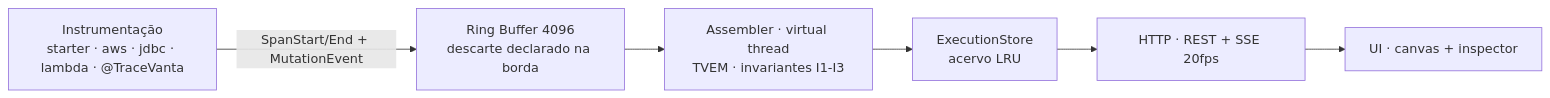
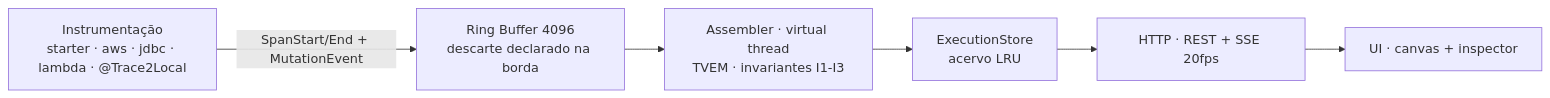
One commit to thiago701/trace2local changed the diagram in README.md. Above: the diagram before and after it, drawn with Mermaid. The commit also changed other lines of this file and 426 other files, not shown here.

First line of the commit message:
Renomeia o projeto TraceVanta -> Trace2Local (refatoramento em cascata)

````diff
--- a/README.md
+++ b/README.md
@@ -216,7 +216,7 @@
 ```mermaid
 flowchart LR
-    I[Instrumentação<br/>starter · aws · jdbc · lambda · @TraceVanta] -->|SpanStart/End + MutationEvent| B[Ring Buffer 4096<br/>descarte declarado na borda]
+    I[Instrumentação<br/>starter · aws · jdbc · lambda · @Trace2Local] -->|SpanStart/End + MutationEvent| B[Ring Buffer 4096<br/>descarte declarado na borda]
     B --> A[Assembler · virtual thread<br/>TVEM · invariantes I1-I3]
     A --> S[ExecutionStore<br/>acervo LRU]
     S --> H[HTTP · REST + SSE 20fps] --> U[UI · canvas + inspector]
 ```
````
